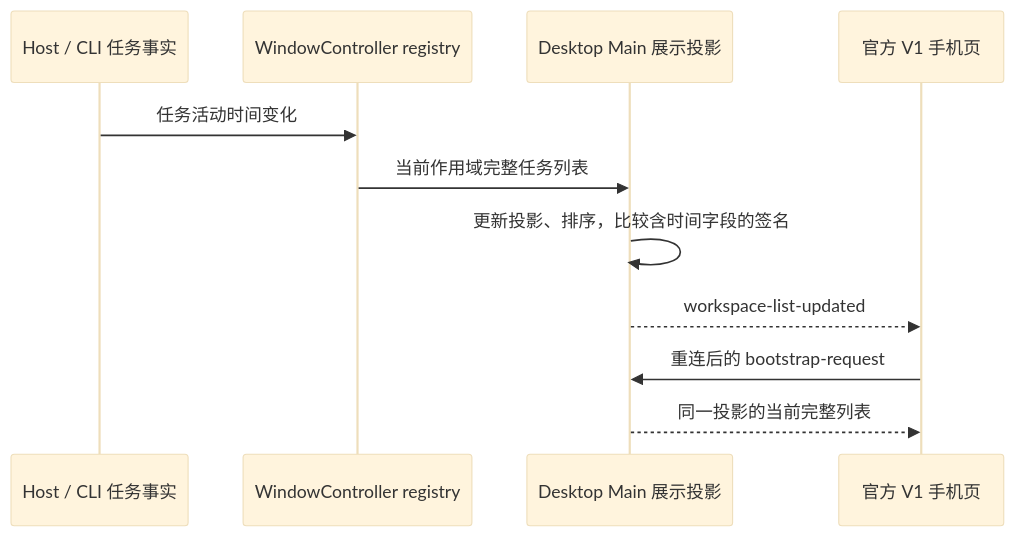
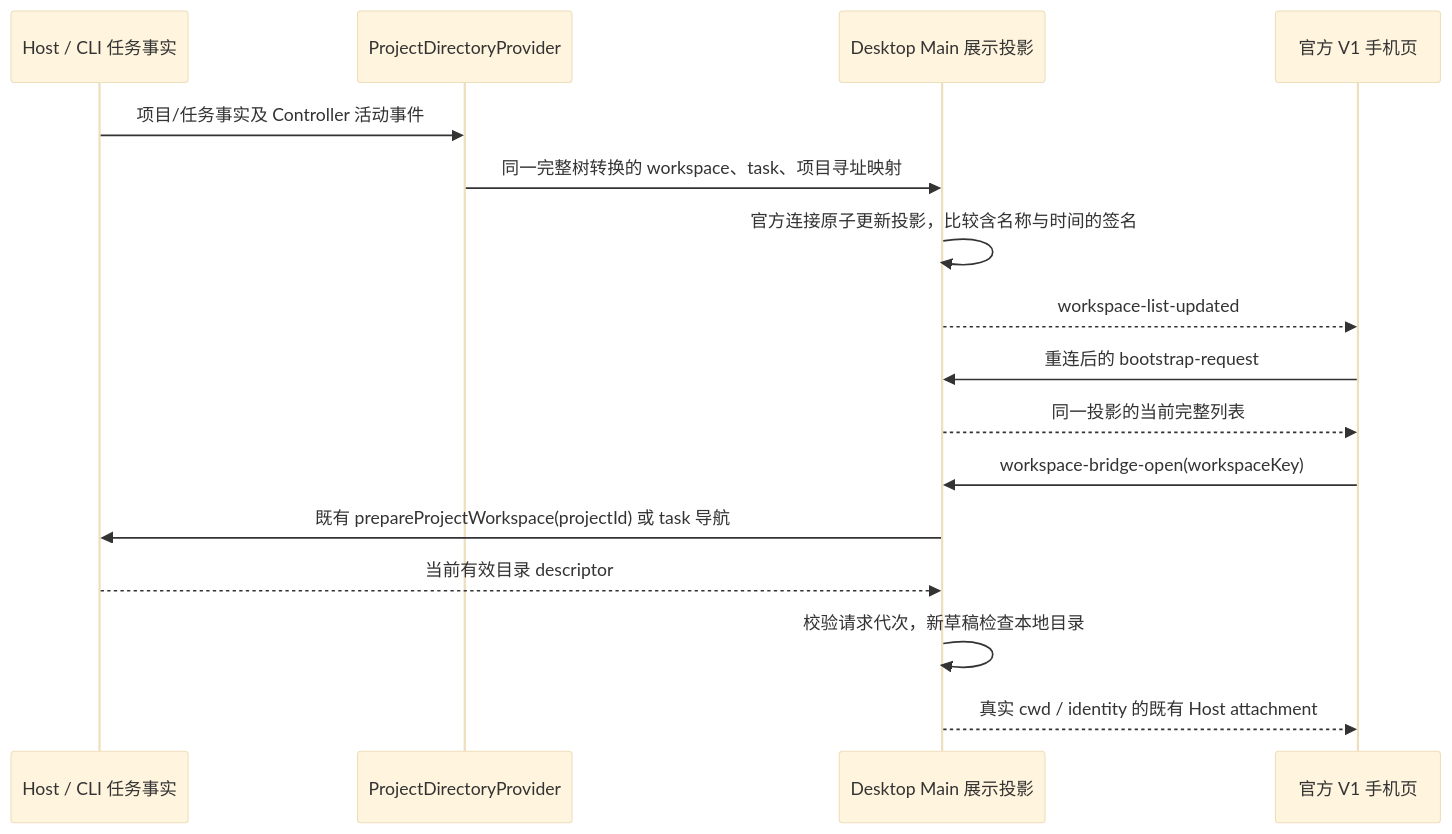
Before and after one commit to BlueSkyXN/OpenZWork: the first of 2 diagrams in docs/web-remote-control/v1-connection-modes.md, drawn with Mermaid (base theme). The commit also changed other lines of this file and 25 other files, not shown here.

````diff
--- a/docs/web-remote-control/v1-connection-modes.md
+++ b/docs/web-remote-control/v1-connection-modes.md
@@ -23,13 +29,18 @@
 ```mermaid
 sequenceDiagram
     participant H as Host / CLI 任务事实
-    participant C as WindowController registry
+    participant C as ProjectDirectoryProvider
     participant D as Desktop Main 展示投影
     participant P as 官方 V1 手机页
-    H->>C: 任务活动时间变化
-    C->>D: 当前作用域完整任务列表
-    D->>D: 更新投影、排序，比较含时间字段的签名
+    H->>C: 项目/任务事实及 Controller 活动事件
+    C->>D: 同一完整树转换的 workspace、task、项目寻址映射
+    D->>D: 官方连接原子更新投影，比较含名称与时间的签名
     D-->>P: workspace-list-updated
     P->>D: 重连后的 bootstrap-request
     D-->>P: 同一投影的当前完整列表
+    P->>D: workspace-bridge-open(workspaceKey)
+    D->>H: 既有 prepareProjectWorkspace(projectId) 或 task 导航
+    H-->>D: 当前有效目录 descriptor
+    D->>D: 校验请求代次，新草稿检查本地目录
+    D-->>P: 真实 cwd / identity 的既有 Host attachment
 ```
````
